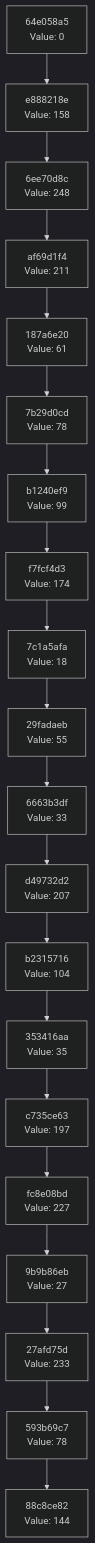
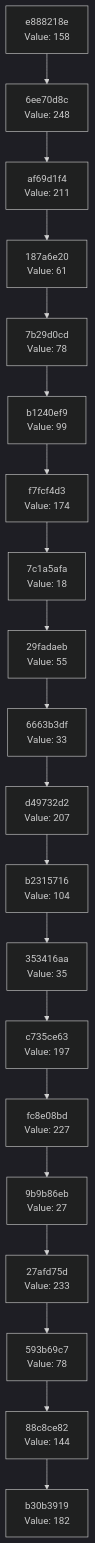
One commit to Abhisheksinha1506/hash-chain-evolver changed the diagram in docs/CHAIN_VISUALIZATION.md. Above: the diagram before and after it, drawn with Mermaid (dark theme). The commit also changed 3 other files, not shown here.

````diff
--- a/docs/CHAIN_VISUALIZATION.md
+++ b/docs/CHAIN_VISUALIZATION.md
@@ -3,42 +3,42 @@
 ```mermaid
 graph TD
-    C0["88c8ce82<br/>Value: 144"]
-    C1["593b69c7<br/>Value: 78"]
+    C0["b30b3919<br/>Value: 182"]
+    C1["88c8ce82<br/>Value: 144"]
     C1 --> C0
-    C2["27afd75d<br/>Value: 233"]
+    C2["593b69c7<br/>Value: 78"]
     C2 --> C1
-    C3["9b9b86eb<br/>Value: 27"]
+    C3["27afd75d<br/>Value: 233"]
     C3 --> C2
-    C4["fc8e08bd<br/>Value: 227"]
+    C4["9b9b86eb<br/>Value: 27"]
     C4 --> C3
-    C5["c735ce63<br/>Value: 197"]
+    C5["fc8e08bd<br/>Value: 227"]
     C5 --> C4
-    C6["353416aa<br/>Value: 35"]
+    C6["c735ce63<br/>Value: 197"]
     C6 --> C5
-    C7["b2315716<br/>Value: 104"]
+    C7["353416aa<br/>Value: 35"]
     C7 --> C6
-    C8["d49732d2<br/>Value: 207"]
+    C8["b2315716<br/>Value: 104"]
     C8 --> C7
-    C9["6663b3df<br/>Value: 33"]
+    C9["d49732d2<br/>Value: 207"]
     C9 --> C8
-    C10["29fadaeb<br/>Value: 55"]
+    C10["6663b3df<br/>Value: 33"]
     C10 --> C9
-    C11["7c1a5afa<br/>Value: 18"]
+    C11["29fadaeb<br/>Value: 55"]
     C11 --> C10
-    C12["f7fcf4d3<br/>Value: 174"]
+    C12["7c1a5afa<br/>Value: 18"]
     C12 --> C11
-    C13["b1240ef9<br/>Value: 99"]
+    C13["f7fcf4d3<br/>Value: 174"]
     C13 --> C12
-    C14["7b29d0cd<br/>Value: 78"]
+    C14["b1240ef9<br/>Value: 99"]
     C14 --> C13
-    C15["187a6e20<br/>Value: 61"]
+    C15["7b29d0cd<br/>Value: 78"]
     C15 --> C14
-    C16["af69d1f4<br/>Value: 211"]
+    C16["187a6e20<br/>Value: 61"]
     C16 --> C15
-    C17["6ee70d8c<br/>Value: 248"]
+    C17["af69d1f4<br/>Value: 211"]
     C17 --> C16
-    C18["e888218e<br/>Value: 158"]
+    C18["6ee70d8c<br/>Value: 248"]
     C18 --> C17
-    C19["64e058a5<br/>Value: 0"]
+    C19["e888218e<br/>Value: 158"]
     C19 --> C18
 ```
````
